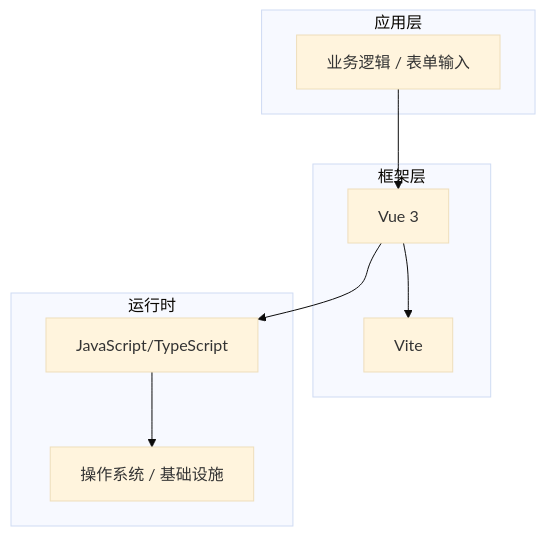
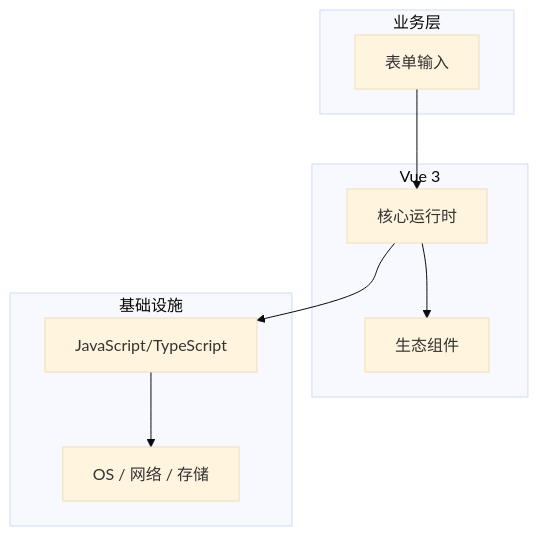
Before and after one commit to yanggan2015/knowledge-json-v2: the diagram in articles/Vue/chapters/057-表单输入核心概念与原理.md, drawn with Mermaid (base theme). The commit also changed other lines of this file and 10127 other files, not shown here.

````diff
--- a/articles/Vue/chapters/057-表单输入核心概念与原理.md
+++ b/articles/Vue/chapters/057-表单输入核心概念与原理.md
@@ -45,18 +34,18 @@
 ```mermaid
 graph TB
-    subgraph 应用层
-        A[业务逻辑 / 表单输入]
+    subgraph 业务层
+        A[表单输入]
     end
-    subgraph 框架层
-        B[Vue 3]
-        C[Vite]
+    subgraph Vue 3
+        B[核心运行时]
+        C[生态组件]
     end
-    subgraph 运行时
+    subgraph 基础设施
         D[JavaScript/TypeScript]
-        E[操作系统 / 基础设施]
+        E[OS / 网络 / 存储]
     end
     A --> B
     B --> C
     B --> D
     D --> E
 ```
````
